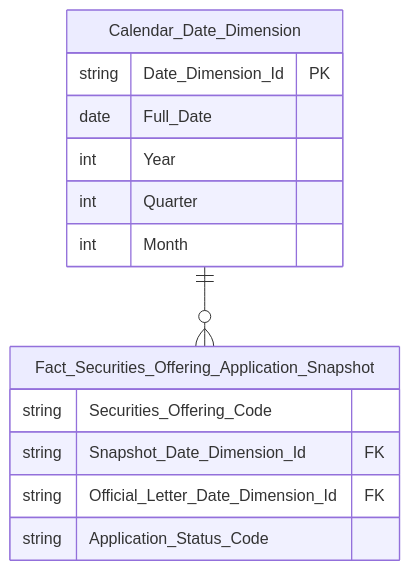
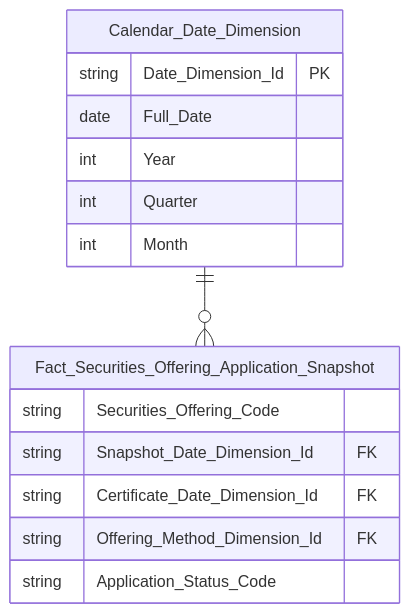
One commit to linhlvit/ubck_atomic_design changed diagram 14 of 22 in Datamart/hld/DTM_QLCB_HLD.md. Above: the diagram before and after it, drawn with Mermaid. The commit also changed other lines of this file and 9 other files, not shown here.

````diff
--- a/Datamart/hld/DTM_QLCB_HLD.md
+++ b/Datamart/hld/DTM_QLCB_HLD.md
@@ -745,18 +744,19 @@
 ```mermaid
 erDiagram
     Calendar_Date_Dimension ||--o{ Fact_Securities_Offering_Application_Snapshot : " "
 
     Calendar_Date_Dimension {
         string Date_Dimension_Id PK
         date Full_Date
         int Year
         int Quarter
         int Month
     }
     Fact_Securities_Offering_Application_Snapshot {
         string Securities_Offering_Code
         string Snapshot_Date_Dimension_Id FK
-        string Official_Letter_Date_Dimension_Id FK
+        string Certificate_Date_Dimension_Id FK
+        string Offering_Method_Dimension_Id FK
         string Application_Status_Code
     }
 ```
````
